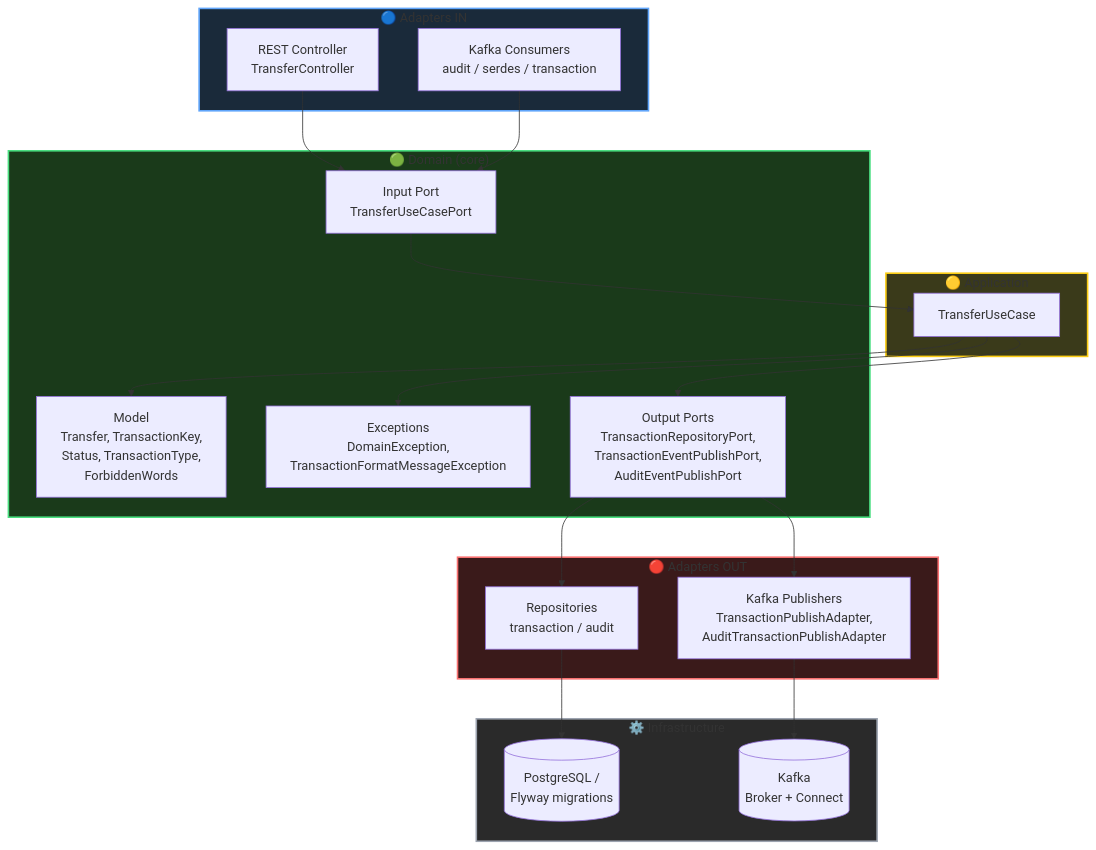
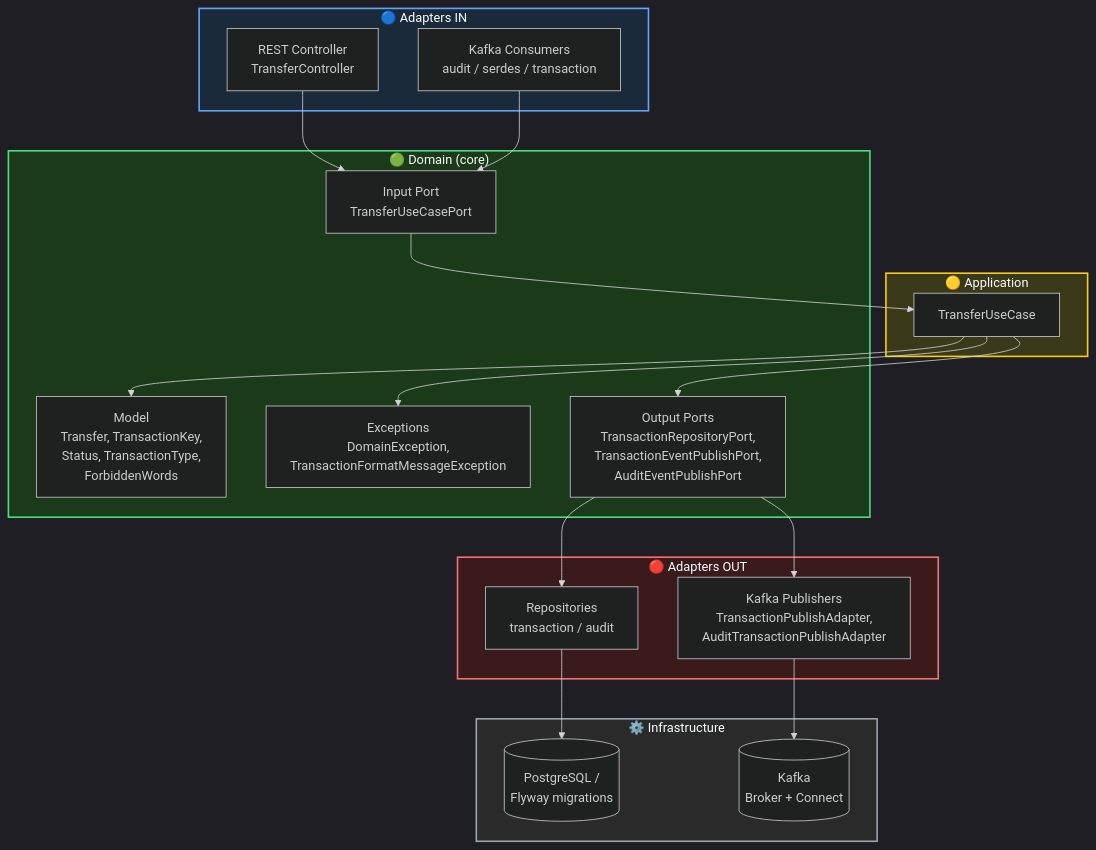
Before and after one commit to LauroSilveira/ms-transaction-bank: the diagram in README.md, drawn with Mermaid. The commit also changed 1 other file, not shown here.

Commit message:
feat: update mermeid diagram background to black

````diff
--- a/README.md
+++ b/README.md
@@ -13,45 +13,46 @@
 ```mermaid
+%%{init: {'theme':'dark'}}%%
 flowchart TB
     subgraph IN["🔵 Adapters IN"]
         REST["REST Controller<br/>TransferController"]
         KAFKA_IN["Kafka Consumers<br/>audit / serdes / transaction"]
     end
 
     subgraph APP["🟡 Application"]
         UC["TransferUseCase"]
     end
 
     subgraph DOMAIN["🟢 Domain (core)"]
         INPORT["Input Port<br/>TransferUseCasePort"]
         MODEL["Model<br/>Transfer, TransactionKey,<br/>Status, TransactionType,<br/>ForbiddenWords"]
         EXC["Exceptions<br/>DomainException,<br/>TransactionFormatMessageException"]
         OUTPORT["Output Ports<br/>TransactionRepositoryPort,<br/>TransactionEventPublishPort,<br/>AuditEventPublishPort"]
     end
 
     subgraph OUT["🔴 Adapters OUT"]
         KAFKA_OUT["Kafka Publishers<br/>TransactionPublishAdapter,<br/>AuditTransactionPublishAdapter"]
         REPO["Repositories<br/>transaction / audit"]
     end
 
     subgraph INFRA["⚙️ Infrastructure"]
         DB[("PostgreSQL /<br/>Flyway migrations")]
         KFK[("Kafka<br/>Broker + Connect")]
     end
 
     REST --> INPORT
     KAFKA_IN --> INPORT
     INPORT --> UC
     UC --> MODEL
     UC --> EXC
     UC --> OUTPORT
     OUTPORT --> KAFKA_OUT
     OUTPORT --> REPO
     KAFKA_OUT --> KFK
     REPO --> DB
 
     style DOMAIN fill:#1a3a1a,stroke:#4ade80,stroke-width:2px
     style APP fill:#3a3a1a,stroke:#facc15,stroke-width:2px
     style IN fill:#1a2a3a,stroke:#60a5fa,stroke-width:2px
     style OUT fill:#3a1a1a,stroke:#f87171,stroke-width:2px
     style INFRA fill:#2a2a2a,stroke:#9ca3af,stroke-width:2px
 ```
````
